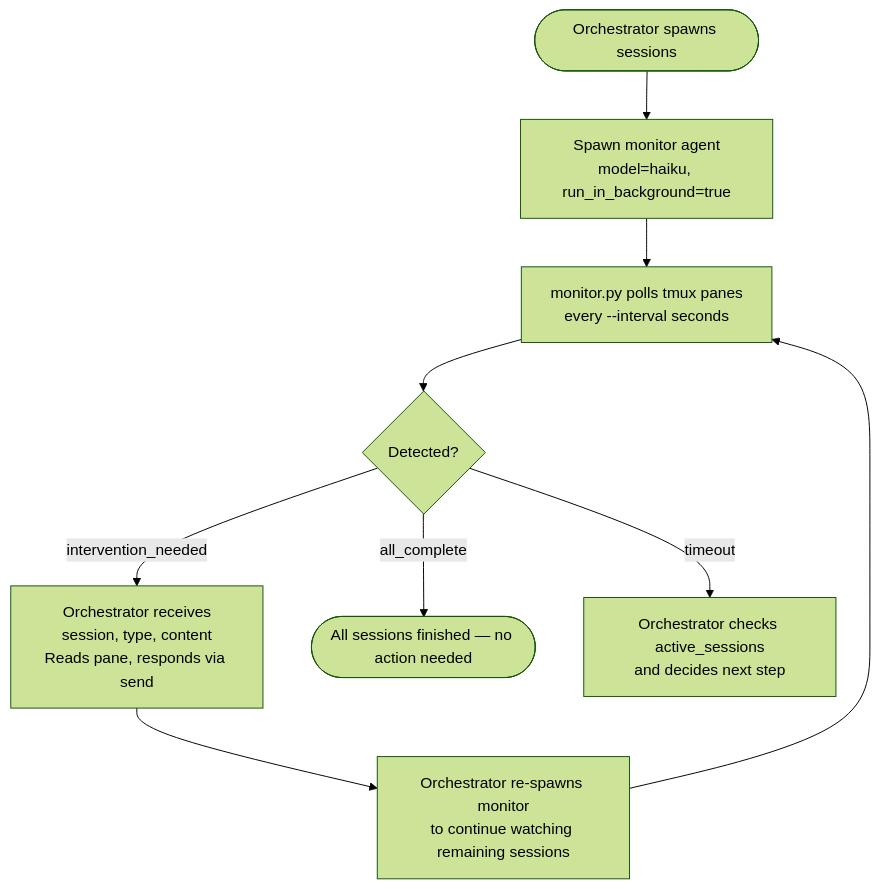
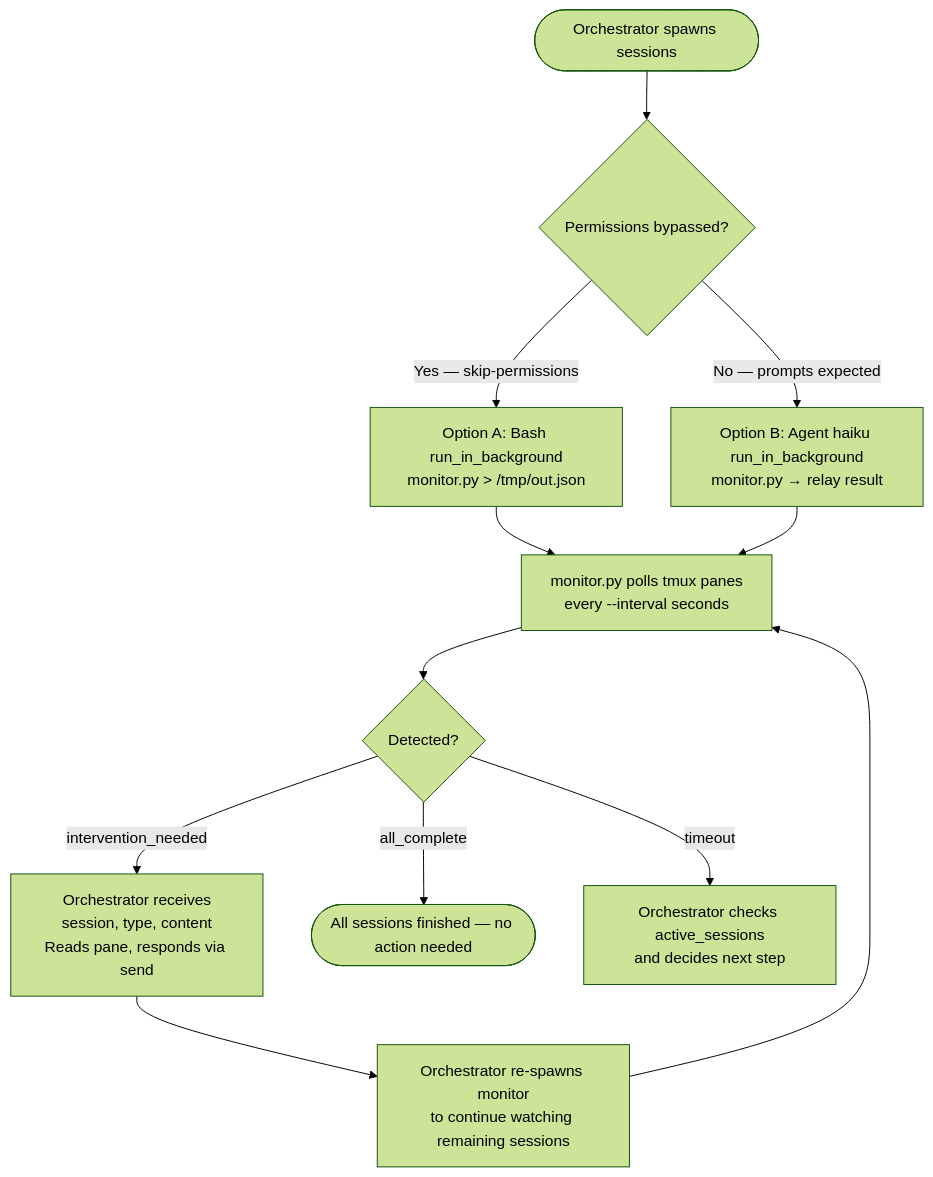
The fourth of 4 diagrams in plugins/development-harness/skills/kage-bunshin/SKILL.md (chgreer1070/claude_skills), drawn with Mermaid (forest theme) before and after one commit. The commit also changed other lines of this file and 2 other files, not shown here.

First line of the commit message:
docs(kage-bunshin): add background bash as Option A for passive monitoring

````diff
--- a/plugins/development-harness/skills/kage-bunshin/SKILL.md
+++ b/plugins/development-harness/skills/kage-bunshin/SKILL.md
@@ -340,11 +362,14 @@
 ```mermaid
 flowchart TD
-    Spawn(["Orchestrator spawns sessions"]) --> StartMon["Spawn monitor agent\nmodel=haiku, run_in_background=true"]
-    StartMon --> Poll["monitor.py polls tmux panes\nevery --interval seconds"]
+    Spawn(["Orchestrator spawns sessions"]) --> Q0{Permissions bypassed?}
+    Q0 -->|"Yes — skip-permissions"| BashMon["Option A: Bash run_in_background\nmonitor.py > /tmp/out.json"]
+    Q0 -->|"No — prompts expected"| AgentMon["Option B: Agent haiku run_in_background\nmonitor.py → relay result"]
+    BashMon --> Poll["monitor.py polls tmux panes\nevery --interval seconds"]
+    AgentMon --> Poll
     Poll --> Q{Detected?}
     Q -->|"intervention_needed"| Intervene["Orchestrator receives\nsession, type, content\nReads pane, responds via send"]
     Q -->|"all_complete"| Done(["All sessions finished — no action needed"])
     Q -->|"timeout"| Check["Orchestrator checks active_sessions\nand decides next step"]
     Intervene --> Respawn["Orchestrator re-spawns monitor\nto continue watching remaining sessions"]
     Respawn --> Poll
 ```
````
